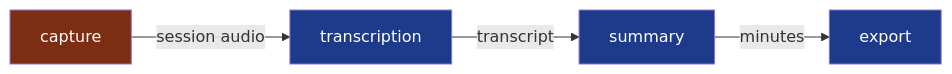
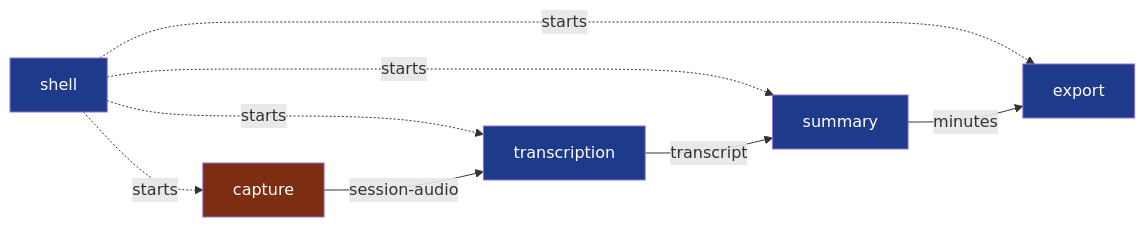
One commit to NapkinStack/wholeheard changed the diagram in modules/README.md. Above: the diagram before and after it, drawn with Mermaid. The commit also changed other lines of this file and 7 other files, not shown here.

````diff
--- a/modules/README.md
+++ b/modules/README.md
@@ -3,7 +3,8 @@
 ```mermaid
 flowchart LR
-    C["capture"]:::crit -->|"session audio"| T["transcription"]:::std -->|"transcript"| S["summary"]:::std -->|"minutes"| E["export"]:::std
+    H["shell"]:::std -.->|"starts"| C & T & S & E
+    C["capture"]:::crit -->|"session-audio"| T["transcription"]:::std -->|"transcript"| S["summary"]:::std -->|"minutes"| E["export"]:::std
 
     classDef crit fill:#7c2d12,color:#fff
     classDef std fill:#1e3a8a,color:#fff
 ```
````
